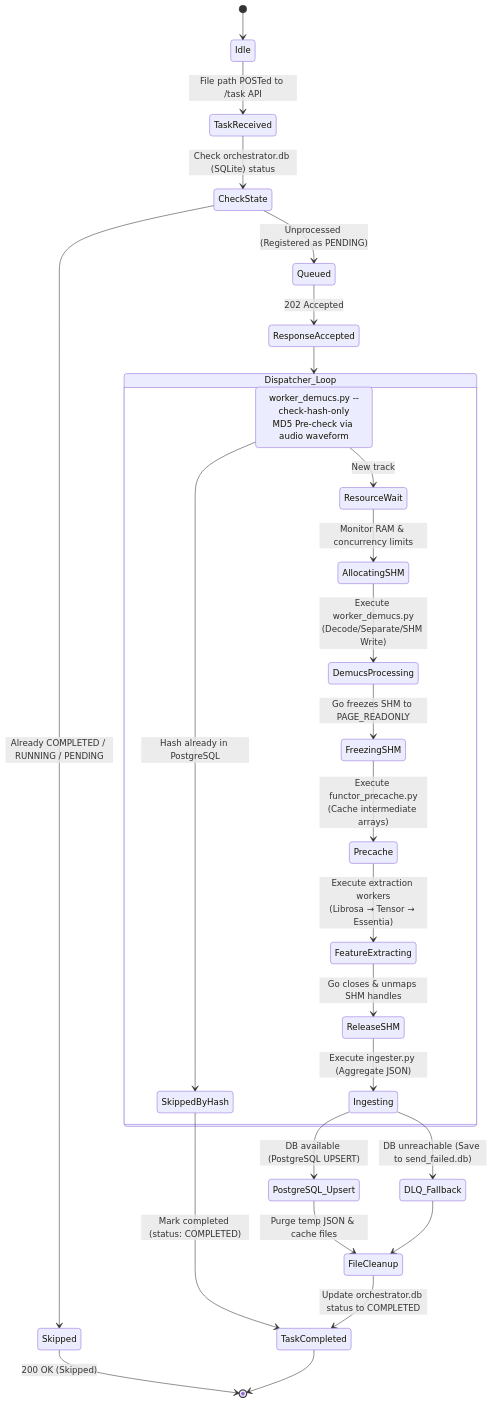
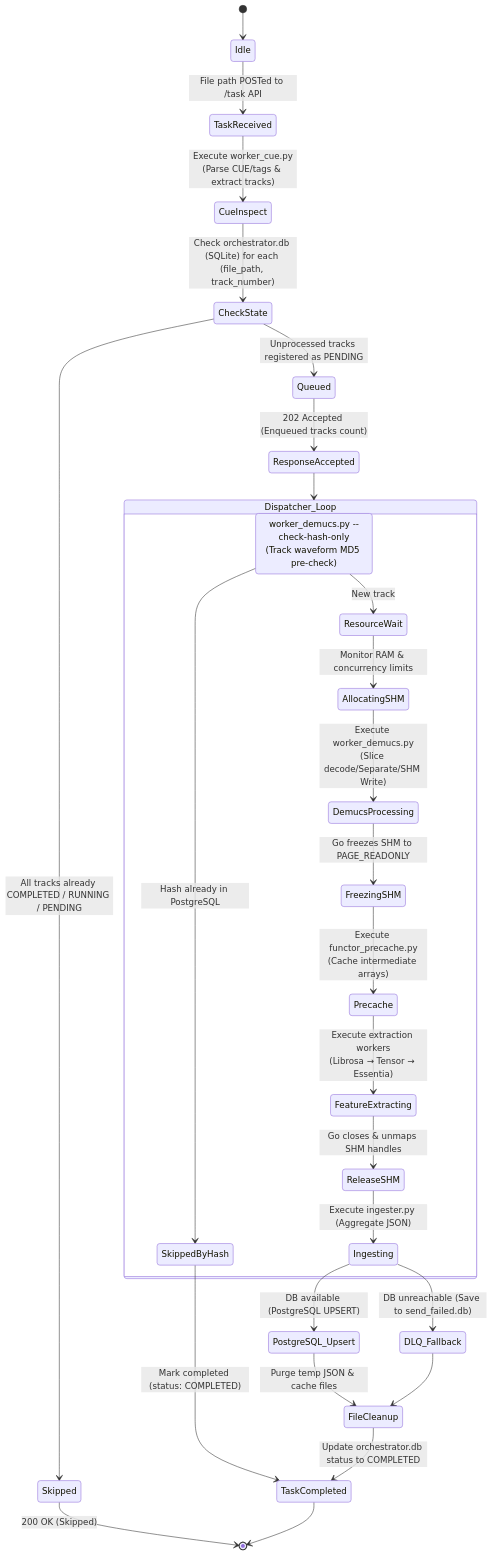
One commit to letwir/flac_analyzer_forwin changed the third of 4 diagrams in README.md. Above: the diagram before and after it, drawn with Mermaid. The commit also changed other lines of this file and 3 other files, not shown here.

Commit message:
docs: update README.md state diagrams with CUE inspection flow

````diff
--- a/README.md
+++ b/README.md
@@ -442,37 +443,38 @@
 ```mermaid
 stateDiagram-v2
     [*] --> Idle
     Idle --> TaskReceived: File path POSTed to /task API
-    TaskReceived --> CheckState: Check orchestrator.db (SQLite) status
+    TaskReceived --> CueInspect: Execute worker_cue.py<br/>(Parse CUE/tags & extract tracks)
+    CueInspect --> CheckState: Check orchestrator.db (SQLite) for each (file_path, track_number)
     
-    CheckState --> Skipped: Already COMPLETED / RUNNING / PENDING
-    CheckState --> Queued: Unprocessed (Registered as PENDING)
+    CheckState --> Skipped: All tracks already COMPLETED / RUNNING / PENDING
+    CheckState --> Queued: Unprocessed tracks registered as PENDING
     
     Skipped --> [*]: 200 OK (Skipped)
-    Queued --> ResponseAccepted: 202 Accepted
+    Queued --> ResponseAccepted: 202 Accepted (Enqueued tracks count)
     ResponseAccepted --> Dispatcher_Loop
     
     state Dispatcher_Loop {
-        CheckHash: worker_demucs.py --check-hash-only<br/>MD5 Pre-check via audio waveform
+        CheckHash: worker_demucs.py --check-hash-only<br/>(Track waveform MD5 pre-check)
         CheckHash --> SkippedByHash: Hash already in PostgreSQL
         CheckHash --> ResourceWait: New track
         
         ResourceWait --> AllocatingSHM: Monitor RAM & concurrency limits
-        AllocatingSHM --> DemucsProcessing: Execute worker_demucs.py<br/>(Decode/Separate/SHM Write)
+        AllocatingSHM --> DemucsProcessing: Execute worker_demucs.py<br/>(Slice decode/Separate/SHM Write)
         DemucsProcessing --> FreezingSHM: Go freezes SHM to PAGE_READONLY
         FreezingSHM --> Precache: Execute functor_precache.py<br/>(Cache intermediate arrays)
         Precache --> FeatureExtracting: Execute extraction workers<br/>(Librosa → Tensor → Essentia)
         FeatureExtracting --> ReleaseSHM: Go closes & unmaps SHM handles
         ReleaseSHM --> Ingesting: Execute ingester.py (Aggregate JSON)
     }
     
     SkippedByHash --> TaskCompleted: Mark completed (status: COMPLETED)
     Ingesting --> PostgreSQL_Upsert: DB available (PostgreSQL UPSERT)
     Ingesting --> DLQ_Fallback: DB unreachable (Save to send_failed.db)
     
     PostgreSQL_Upsert --> FileCleanup: Purge temp JSON & cache files
     DLQ_Fallback --> FileCleanup
     
     FileCleanup --> TaskCompleted: Update orchestrator.db status to COMPLETED
     TaskCompleted --> [*]
 ```
````
